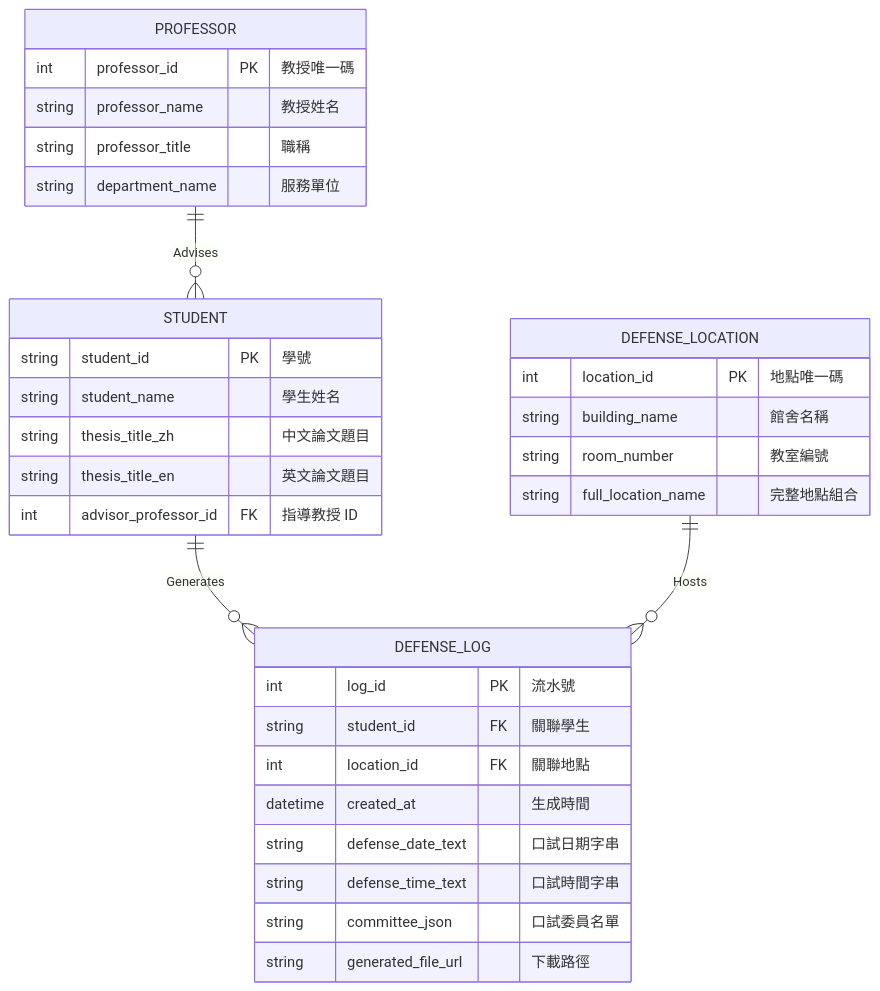
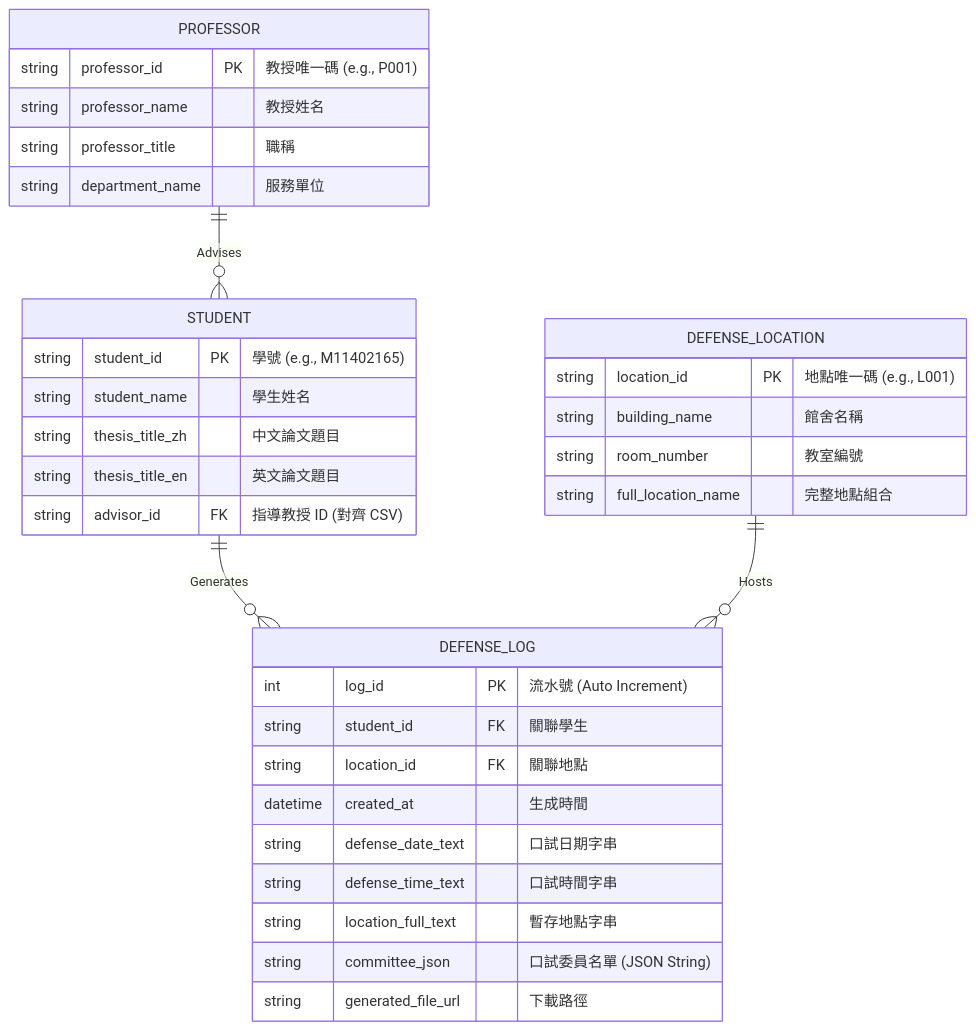
Before and after one commit to NTUST-Lab-training/defense-bot: the diagram in docs/SCHEMA.md, drawn with Mermaid. The commit also changed other lines of this file and 2 other files, not shown here.

Commit message:
feat: 更新 API 文件與資料庫模型，新增兩階段防禦性生成流程說明

````diff
--- a/docs/SCHEMA.md
+++ b/docs/SCHEMA.md
@@ -9,39 +10,40 @@
 ```mermaid
 erDiagram
     STUDENT {
-        string student_id PK "學號"
+        string student_id PK "學號 (e.g., M11402165)"
         string student_name "學生姓名"
         string thesis_title_zh "中文論文題目"
         string thesis_title_en "英文論文題目"
-        int advisor_professor_id FK "指導教授 ID"
+        string advisor_id FK "指導教授 ID (對齊 CSV)"
     }
 
     PROFESSOR {
-        int professor_id PK "教授唯一碼"
+        string professor_id PK "教授唯一碼 (e.g., P001)"
         string professor_name "教授姓名"
         string professor_title "職稱"
         string department_name "服務單位"
     }
 
     DEFENSE_LOCATION {
-        int location_id PK "地點唯一碼"
+        string location_id PK "地點唯一碼 (e.g., L001)"
         string building_name "館舍名稱"
         string room_number "教室編號"
         string full_location_name "完整地點組合"
     }
 
     DEFENSE_LOG {
-        int log_id PK "流水號"
+        int log_id PK "流水號 (Auto Increment)"
         string student_id FK "關聯學生"
-        int location_id FK "關聯地點"
+        string location_id FK "關聯地點"
         datetime created_at "生成時間"
         string defense_date_text "口試日期字串"
         string defense_time_text "口試時間字串"
-        string committee_json "口試委員名單"
+        string location_full_text "暫存地點字串"
+        string committee_json "口試委員名單 (JSON String)"
         string generated_file_url "下載路徑"
     }
 
     PROFESSOR ||--o{ STUDENT : "Advises"
     STUDENT ||--o{ DEFENSE_LOG : "Generates"
     DEFENSE_LOCATION ||--o{ DEFENSE_LOG : "Hosts"
 ```
````
